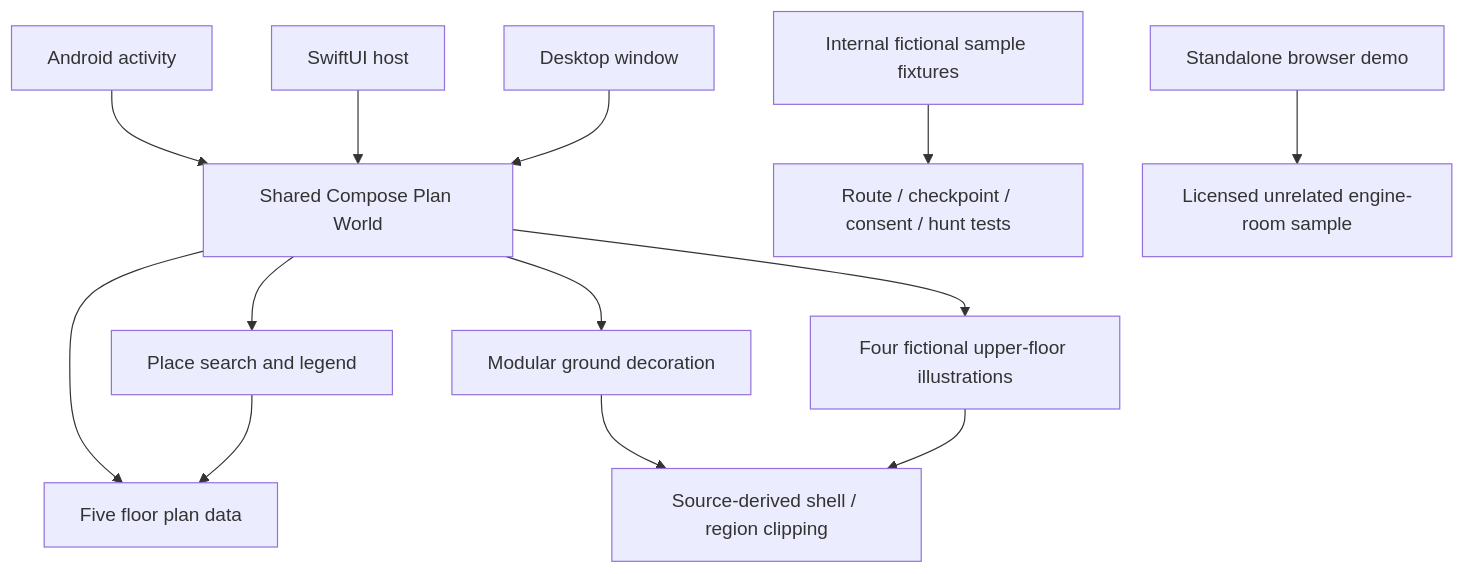
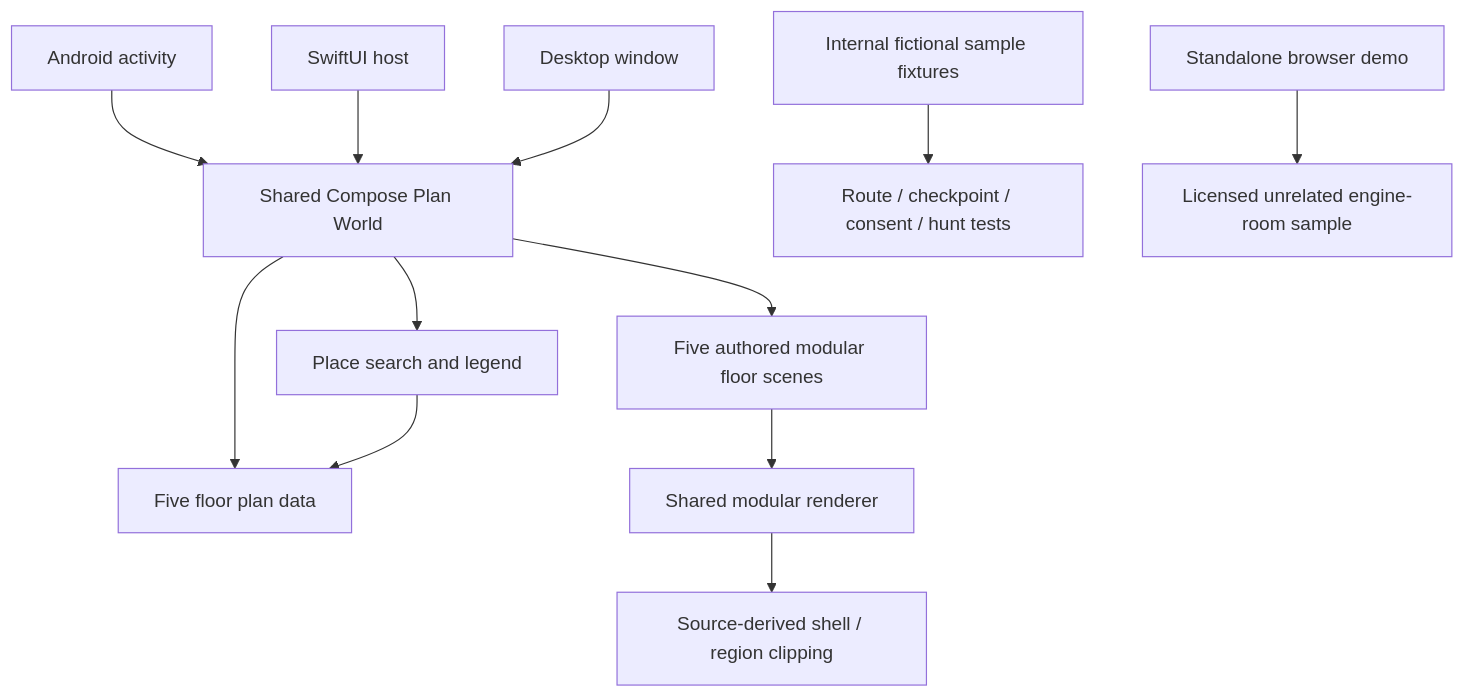
The diagram in docs/ARCHITECTURE.md (e-mric/BeThereCentral), drawn with Mermaid before and after one commit. The commit also changed other lines of this file and 34 other files, not shown here.

````diff
--- a/docs/ARCHITECTURE.md
+++ b/docs/ARCHITECTURE.md
@@ -11,15 +11,14 @@
 ```mermaid
 flowchart TD
     Android[Android activity] --> UI[Shared Compose Plan World]
     iOS[SwiftUI host] --> UI
     Desktop[Desktop window] --> UI
     UI --> Plans[Five floor plan data]
     UI --> Search[Place search and legend]
     Search --> Plans
-    UI --> Ground[Modular ground decoration]
-    UI --> Art[Four fictional upper-floor illustrations]
-    Ground --> Mask[Source-derived shell / region clipping]
-    Art --> Mask
+    UI --> Floors[Five authored modular floor scenes]
+    Floors --> Renderer[Shared modular renderer]
+    Renderer --> Mask[Source-derived shell / region clipping]
     Legacy[Internal fictional sample fixtures] --> LegacyTests[Route / checkpoint / consent / hunt tests]
     Browser[Standalone browser demo] --> Viewer[Licensed unrelated engine-room sample]
 ```
````
